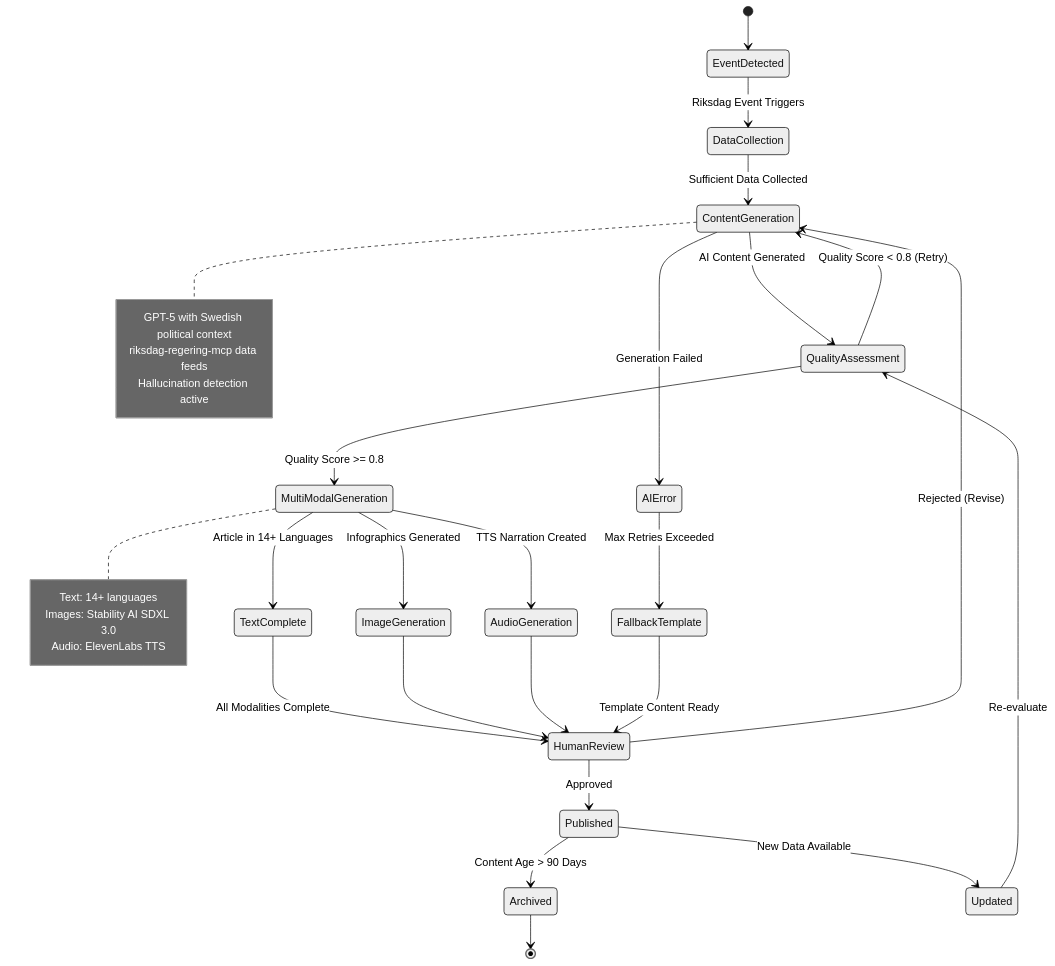
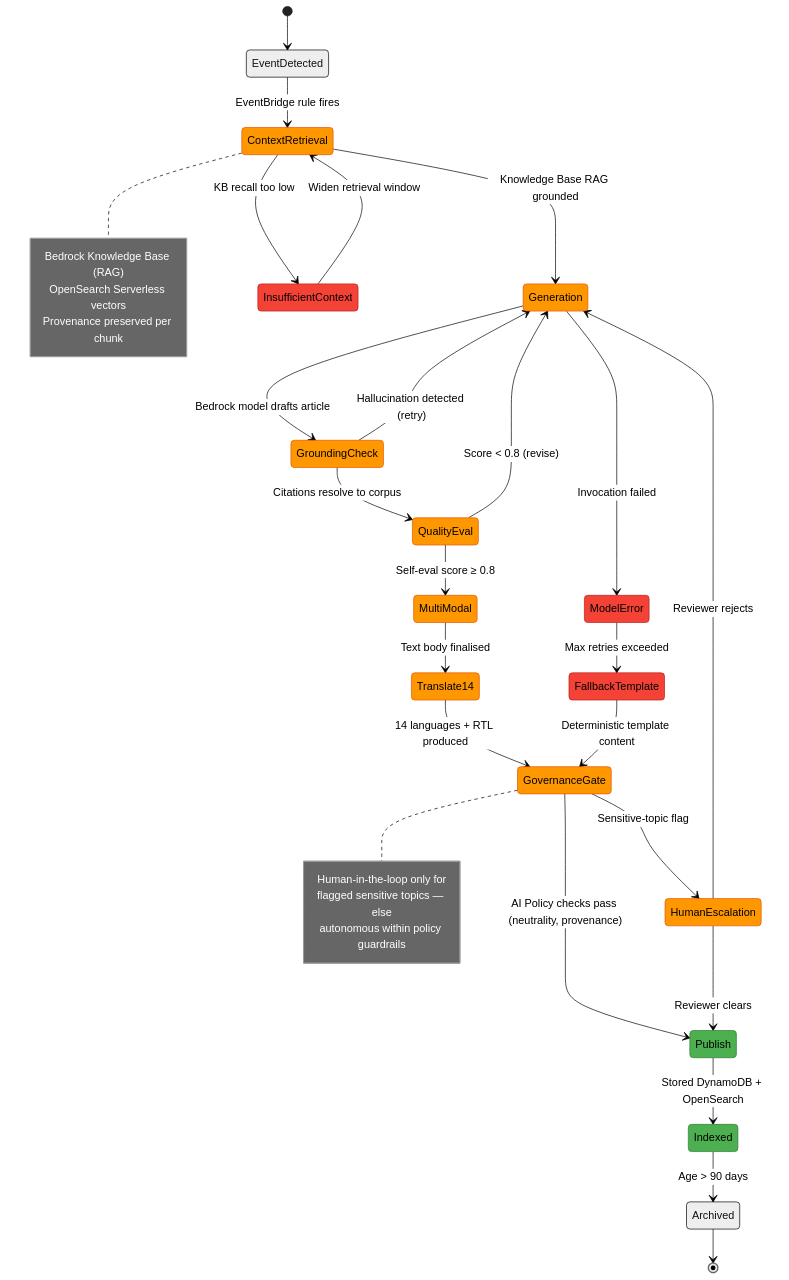
Before and after one commit to Hack23/riksdagsmonitor: the eighth of 18 diagrams in FUTURE_STATEDIAGRAM.md, drawn with Mermaid (neutral theme). The commit also changed other lines of this file and 5 other files, not shown here.

Commit message:
Rewrite FUTURE_DATA_MODEL.md as three-horizon data architecture (v3.0)

````diff
--- a/FUTURE_STATEDIAGRAM.md
+++ b/FUTURE_STATEDIAGRAM.md
@@ -53,45 +442,54 @@
 ```mermaid
 stateDiagram-v2
     [*] --> EventDetected
 
-    EventDetected --> DataCollection: Riksdag Event Triggers
-    DataCollection --> ContentGeneration: Sufficient Data Collected
+    EventDetected --> ContextRetrieval: EventBridge rule fires
+    ContextRetrieval --> Generation: Knowledge Base RAG grounded
+    ContextRetrieval --> InsufficientContext: KB recall too low
 
-    ContentGeneration --> QualityAssessment: AI Content Generated
-    ContentGeneration --> AIError: Generation Failed
+    InsufficientContext --> ContextRetrieval: Widen retrieval window
 
-    QualityAssessment --> MultiModalGeneration: Quality Score >= 0.8
-    QualityAssessment --> ContentGeneration: Quality Score < 0.8 (Retry)
+    Generation --> GroundingCheck: Bedrock model drafts article
+    Generation --> ModelError: Invocation failed
 
-    MultiModalGeneration --> TextComplete: Article in 14+ Languages
-    MultiModalGeneration --> ImageGeneration: Infographics Generated
-    MultiModalGeneration --> AudioGeneration: TTS Narration Created
+    GroundingCheck --> QualityEval: Citations resolve to corpus
+    GroundingCheck --> Generation: Hallucination detected (retry)
 
-    TextComplete --> HumanReview: All Modalities Complete
-    ImageGeneration --> HumanReview
-    AudioGeneration --> HumanReview
+    QualityEval --> MultiModal: Self-eval score ≥ 0.8
+    QualityEval --> Generation: Score < 0.8 (revise)
 
-    HumanReview --> Published: Approved
-    HumanReview --> ContentGeneration: Rejected (Revise)
+    MultiModal --> Translate14: Text body finalised
+    Translate14 --> GovernanceGate: 14 languages + RTL produced
 
-    AIError --> FallbackTemplate: Max Retries Exceeded
-    FallbackTemplate --> HumanReview: Template Content Ready
+    GovernanceGate --> Publish: AI Policy checks pass (neutrality, provenance)
+    GovernanceGate --> HumanEscalation: Sensitive-topic flag
 
-    Published --> Archived: Content Age > 90 Days
-    Published --> Updated: New Data Available
-    Updated --> QualityAssessment: Re-evaluate
+    HumanEscalation --> Publish: Reviewer clears
+    HumanEscalation --> Generation: Reviewer rejects
 
+    Publish --> Indexed: Stored DynamoDB + OpenSearch
+    Indexed --> Archived: Age > 90 days
     Archived --> [*]
 
-    note right of ContentGeneration
-        GPT-5 with Swedish political context
-        riksdag-regering-mcp data feeds
-        Hallucination detection active
+    ModelError --> FallbackTemplate: Max retries exceeded
+    FallbackTemplate --> GovernanceGate: Deterministic template content
+
+    note right of ContextRetrieval
+        Bedrock Knowledge Base (RAG)
+        OpenSearch Serverless vectors
+        Provenance preserved per chunk
     end note
 
-    note right of MultiModalGeneration
-        Text: 14+ languages
-        Images: Stability AI SDXL 3.0
-        Audio: ElevenLabs TTS
+    note right of GovernanceGate
+        Human-in-the-loop only for
+        flagged sensitive topics — else
+        autonomous within policy guardrails
     end note
+
+    classDef ok fill:#4caf50,stroke:#2e7d32,color:#000000
+    classDef warn fill:#ff9800,stroke:#e65100,color:#000000
+    classDef err fill:#f44336,stroke:#b71c1c,color:#000000
+    class Publish,Indexed ok
+    class ContextRetrieval,Generation,GroundingCheck,QualityEval,MultiModal,Translate14,GovernanceGate,HumanEscalation warn
+    class ModelError,InsufficientContext,FallbackTemplate err
 ```
````
